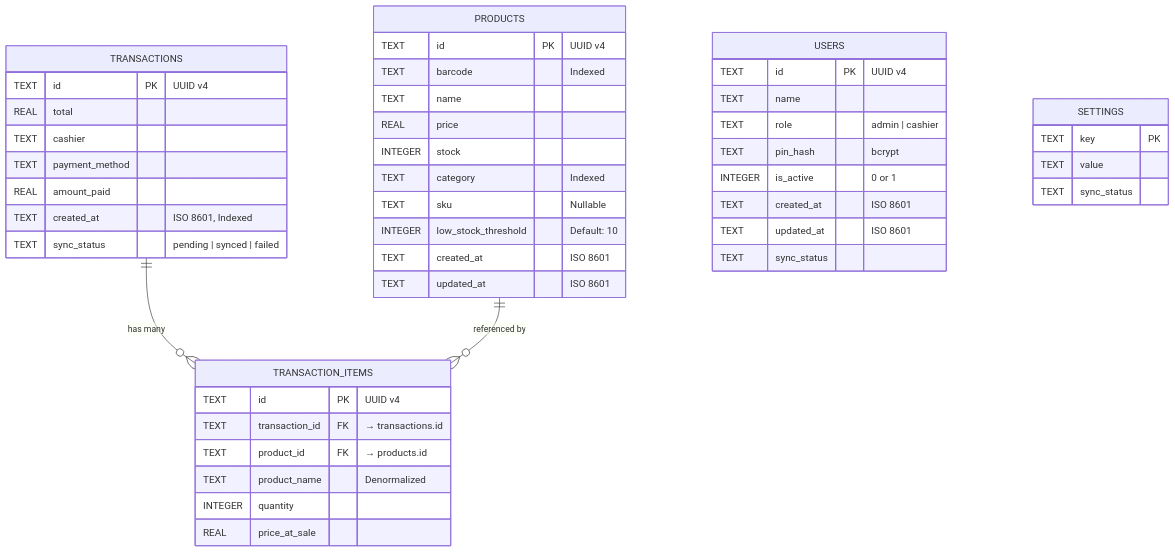
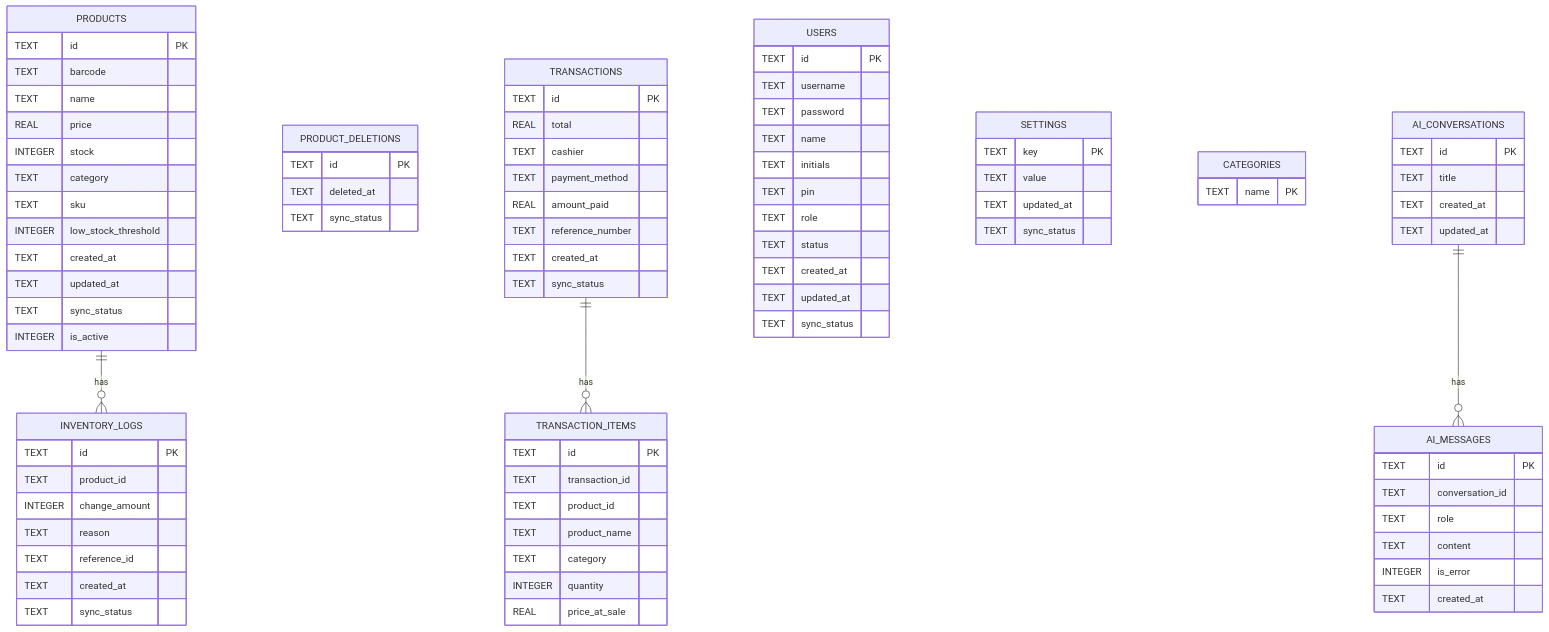
The second of 3 diagrams in docs/03-database.md (BootlegYouki/at-iba-pa-pos), drawn with Mermaid before and after one commit. The commit also changed other lines of this file and 10 other files, not shown here.

First line of the commit message:
Refactor user guide and database schema documentation; enhance export reports feature

````diff
--- a/docs/03-database.md
+++ b/docs/03-database.md
@@ -44,54 +27,99 @@
 ```mermaid
 erDiagram
     PRODUCTS {
-        TEXT id PK "UUID v4"
-        TEXT barcode "Indexed"
+        TEXT id PK
+        TEXT barcode
         TEXT name
         REAL price
         INTEGER stock
-        TEXT category "Indexed"
-        TEXT sku "Nullable"
-        INTEGER low_stock_threshold "Default: 10"
-        TEXT created_at "ISO 8601"
-        TEXT updated_at "ISO 8601"
+        TEXT category
+        TEXT sku
+        INTEGER low_stock_threshold
+        TEXT created_at
+        TEXT updated_at
+        TEXT sync_status
+        INTEGER is_active
+    }
+
+    PRODUCT_DELETIONS {
+        TEXT id PK
+        TEXT deleted_at
+        TEXT sync_status
+    }
+
+    INVENTORY_LOGS {
+        TEXT id PK
+        TEXT product_id
+        INTEGER change_amount
+        TEXT reason
+        TEXT reference_id
+        TEXT created_at
+        TEXT sync_status
     }
 
     TRANSACTIONS {
-        TEXT id PK "UUID v4"
+        TEXT id PK
         REAL total
         TEXT cashier
         TEXT payment_method
         REAL amount_paid
-        TEXT created_at "ISO 8601, Indexed"
-        TEXT sync_status "pending | synced | failed"
+        TEXT reference_number
+        TEXT created_at
+        TEXT sync_status
     }
 
     TRANSACTION_ITEMS {
-        TEXT id PK "UUID v4"
-        TEXT transaction_id FK "→ transactions.id"
-        TEXT product_id FK "→ products.id"
-        TEXT product_name "Denormalized"
+        TEXT id PK
+        TEXT transaction_id
+        TEXT product_id
+        TEXT product_name
+        TEXT category
         INTEGER quantity
         REAL price_at_sale
     }
 
     USERS {
-        TEXT id PK "UUID v4"
+        TEXT id PK
+        TEXT username
+        TEXT password
         TEXT name
-        TEXT role "admin | cashier"
-        TEXT pin_hash "bcrypt"
-        INTEGER is_active "0 or 1"
-        TEXT created_at "ISO 8601"
-        TEXT updated_at "ISO 8601"
+        TEXT initials
+        TEXT pin
+        TEXT role
+        TEXT status
+        TEXT created_at
+        TEXT updated_at
         TEXT sync_status
     }
 
     SETTINGS {
         TEXT key PK
         TEXT value
+        TEXT updated_at
         TEXT sync_status
     }
 
-    TRANSACTIONS ||--o{ TRANSACTION_ITEMS : "has many"
-    PRODUCTS ||--o{ TRANSACTION_ITEMS : "referenced by"
+    CATEGORIES {
+        TEXT name PK
+    }
+
+    AI_CONVERSATIONS {
+        TEXT id PK
+        TEXT title
+        TEXT created_at
+        TEXT updated_at
+    }
+
+    AI_MESSAGES {
+        TEXT id PK
+        TEXT conversation_id
+        TEXT role
+        TEXT content
+        INTEGER is_error
+        TEXT created_at
+    }
+
+    PRODUCTS ||--o{ INVENTORY_LOGS : "has"
+    TRANSACTIONS ||--o{ TRANSACTION_ITEMS : "has"
+    AI_CONVERSATIONS ||--o{ AI_MESSAGES : "has"
 ```
````
